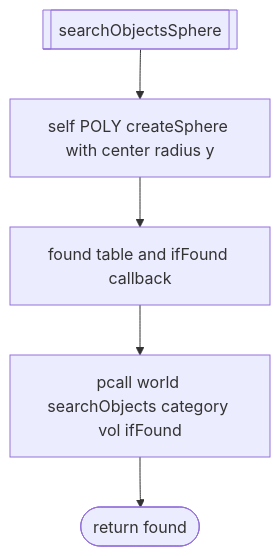
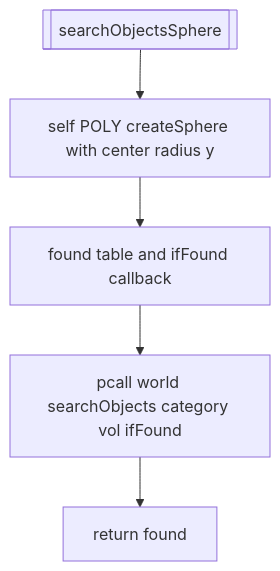
Before and after one commit to Gh0st352/AETHR: the second of 6 diagrams in docs/world/objects_and_db.md, drawn with Mermaid. The commit also changed other lines of this file, not shown here.

Commit message:
docs(objects_and_db): improve mermaid diagram syntax for clarity and consistency

````diff
--- a/docs/world/objects_and_db.md
+++ b/docs/world/objects_and_db.md
@@ -38,7 +38,7 @@
 ```mermaid
 flowchart TD
   SOS[[searchObjectsSphere]] --> SV[self POLY createSphere with center radius y]
   SV --> FOUND[found table and ifFound callback]
   FOUND --> WS[pcall world searchObjects category vol ifFound]
-  WS --> RET([return found])
+  WS --> RET[return found]
 ```
````
